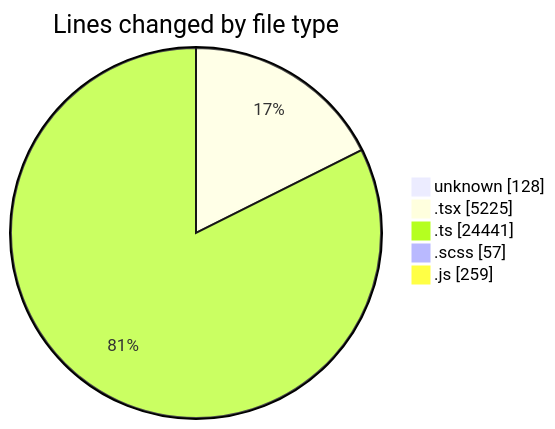
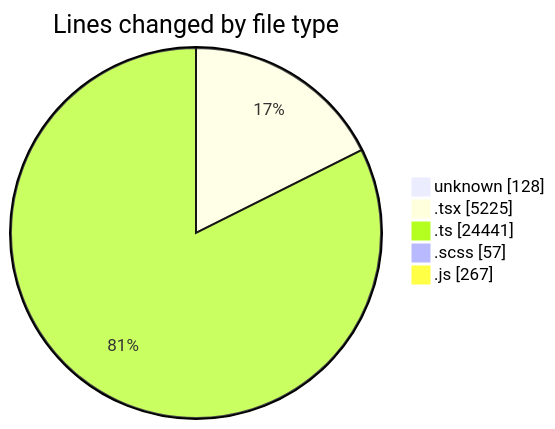
One commit to momahboobian/code-tracking changed the first of 2 diagrams in 2026-09-23/cda/README.md. Above: the diagram before and after it, drawn with Mermaid. The commit also changed other lines of this file and 1 other file, not shown here.

````diff
--- a/2026-09-23/cda/README.md
+++ b/2026-09-23/cda/README.md
@@ -58,9 +58,9 @@
 ```mermaid
 pie showData
 title Lines changed by file type
 "unknown" : 128
 ".tsx" : 5225
 ".ts" : 24441
 ".scss" : 57
-".js" : 259
+".js" : 267
 ```
````
